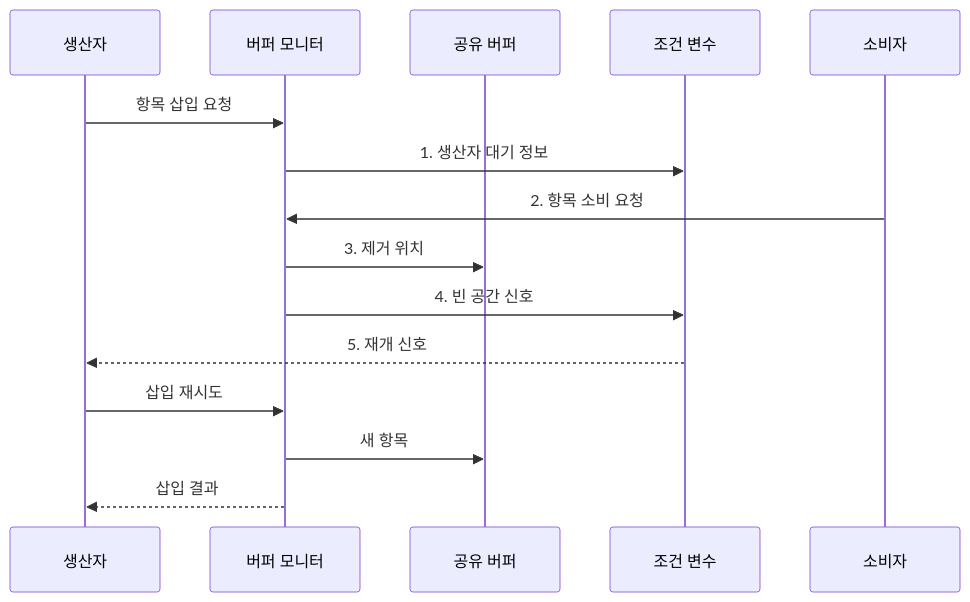
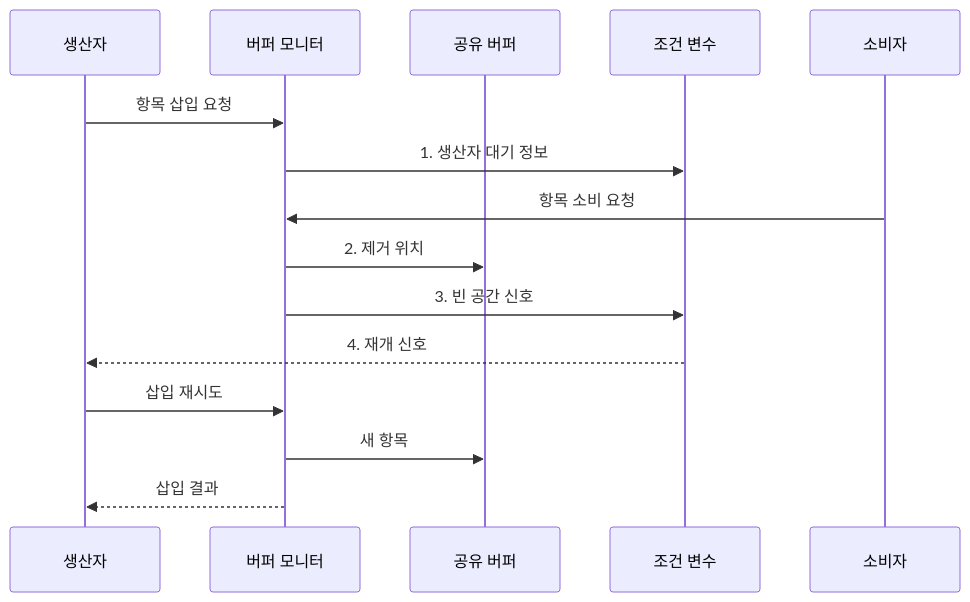
One commit to agnusdei1207/knowledge-base changed the second of 2 diagrams in src/content/docs/notes/03-software/012_synchronization.md. Above: the diagram before and after it, drawn with Mermaid. The commit also changed other lines of this file and 8 other files, not shown here.

````diff
--- a/src/content/docs/notes/03-software/012_synchronization.md
+++ b/src/content/docs/notes/03-software/012_synchronization.md
@@ -92,17 +92,17 @@
 ```mermaid
 sequenceDiagram
     participant P as 생산자
     participant M as 버퍼 모니터
     participant B as 공유 버퍼
     participant V as 조건 변수
     participant C as 소비자
     P->>M: 항목 삽입 요청
     M->>V: 1. 생산자 대기 정보
-    C->>M: 2. 항목 소비 요청
-    M->>B: 3. 제거 위치
-    M->>V: 4. 빈 공간 신호
-    V-->>P: 5. 재개 신호
+    C->>M: 항목 소비 요청
+    M->>B: 2. 제거 위치
+    M->>V: 3. 빈 공간 신호
+    V-->>P: 4. 재개 신호
     P->>M: 삽입 재시도
     M->>B: 새 항목
     M-->>P: 삽입 결과
 ```
````
